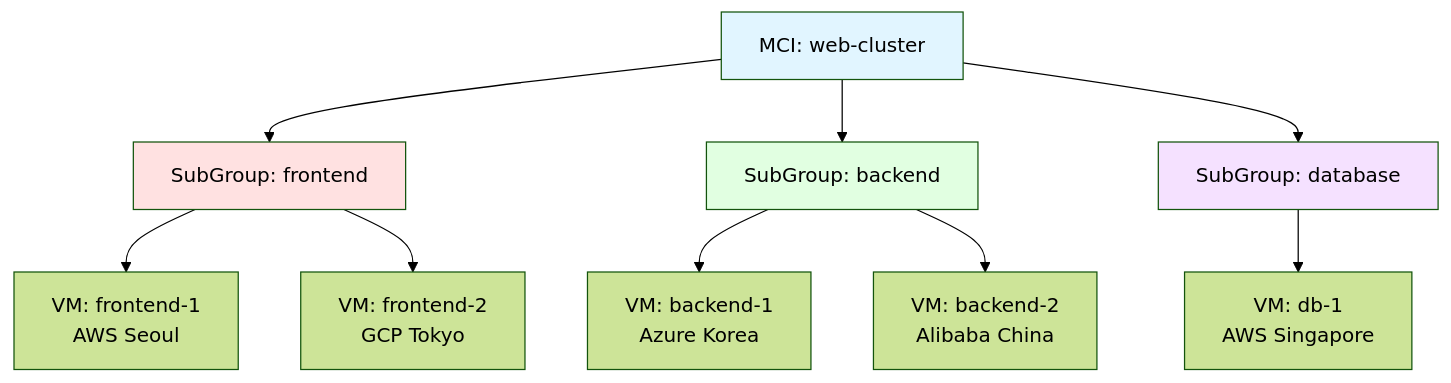
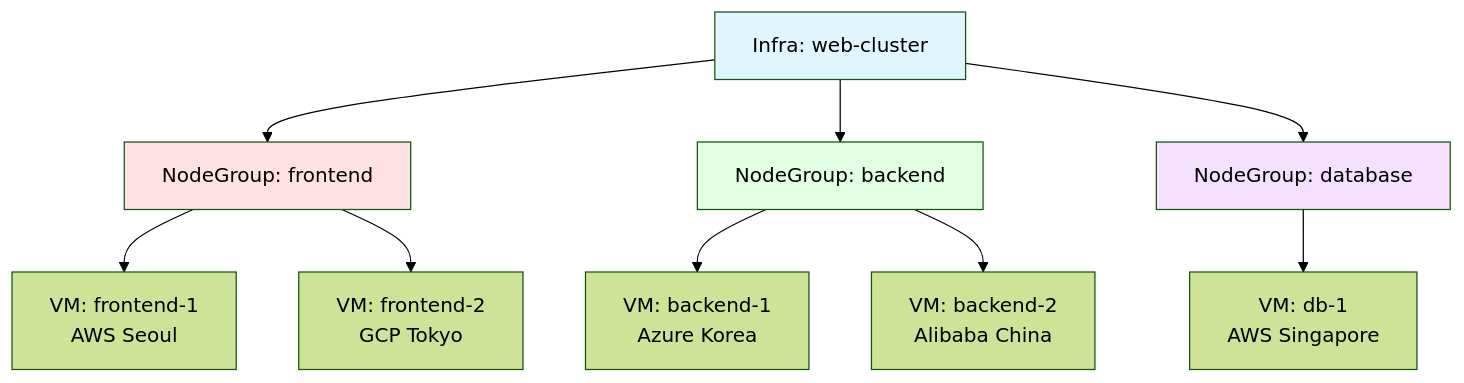
The fourth of 10 diagrams in docs/feature_guide/namespace-and-resource-identity.md (cloud-barista/cb-tumblebug), drawn with Mermaid (forest theme) before and after one commit. The commit also changed other lines of this file and 197 other files, not shown here.

Commit message:
Refactor MIC and SubGroup to Infra and NodeGroup

````diff
--- a/docs/feature_guide/namespace-and-resource-identity.md
+++ b/docs/feature_guide/namespace-and-resource-identity.md
@@ -159,25 +159,25 @@
 ```mermaid
 graph TB
-    MCI[MCI: web-cluster]
+    Infra[Infra: web-cluster]
     
-    SG1[SubGroup: frontend]
-    SG2[SubGroup: backend]
-    SG3[SubGroup: database]
+    SG1[NodeGroup: frontend]
+    SG2[NodeGroup: backend]
+    SG3[NodeGroup: database]
     
-    MCI --> SG1
-    MCI --> SG2
-    MCI --> SG3
+    Infra --> SG1
+    Infra --> SG2
+    Infra --> SG3
     
     SG1 --> VM1[VM: frontend-1<br/>AWS Seoul]
     SG1 --> VM2[VM: frontend-2<br/>GCP Tokyo]
     
     SG2 --> VM3[VM: backend-1<br/>Azure Korea]
     SG2 --> VM4[VM: backend-2<br/>Alibaba China]
     
     SG3 --> VM5[VM: db-1<br/>AWS Singapore]
     
-    style MCI fill:#e1f5ff
+    style Infra fill:#e1f5ff
     style SG1 fill:#ffe1e1
     style SG2 fill:#e1ffe1
     style SG3 fill:#f5e1ff
 ```
````
